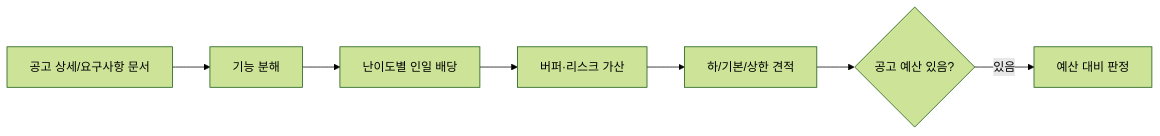
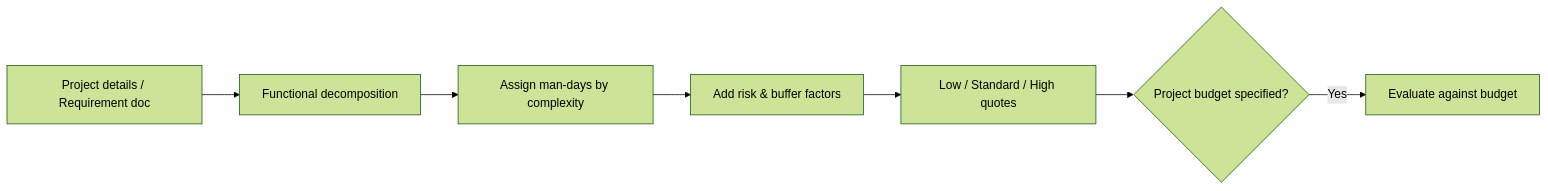
Before and after one commit to epicsagas/wishket-radar: the diagram in skills/wishket-quote/SKILL.md, drawn with Mermaid (forest theme). The commit also changed other lines of this file and 14 other files, not shown here.

````diff
--- a/skills/wishket-quote/SKILL.md
+++ b/skills/wishket-quote/SKILL.md
@@ -14,9 +14,9 @@
 ```mermaid
 flowchart LR
-    A[공고 상세/요구사항 문서] --> B[기능 분해]
-    B --> C[난이도별 인일 배당]
-    C --> D[버퍼·리스크 가산]
-    D --> E[하/기본/상한 견적]
-    E --> F{공고 예산 있음?}
-    F -- 있음 --> G[예산 대비 판정]
+    A[Project details / Requirement doc] --> B[Functional decomposition]
+    B --> C[Assign man-days by complexity]
+    C --> D[Add risk & buffer factors]
+    D --> E[Low / Standard / High quotes]
+    E --> F{Project budget specified?}
+    F -- Yes --> G[Evaluate against budget]
 ```
````
